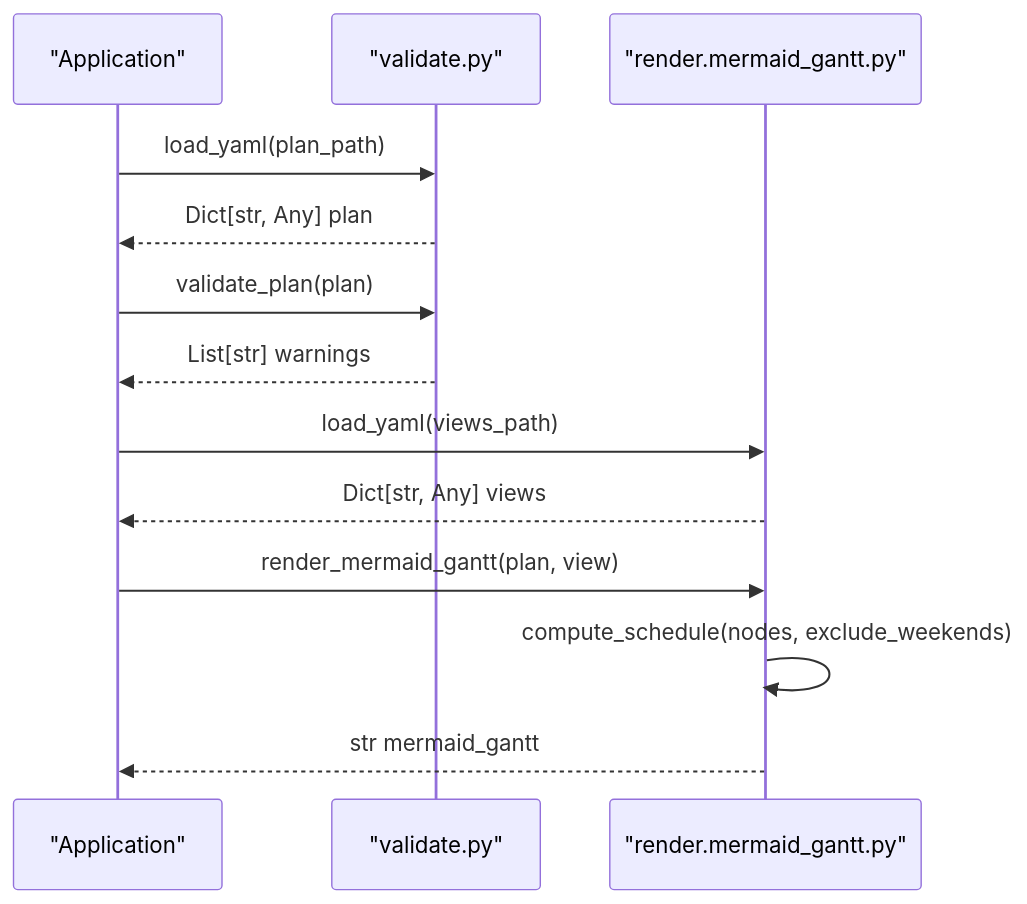
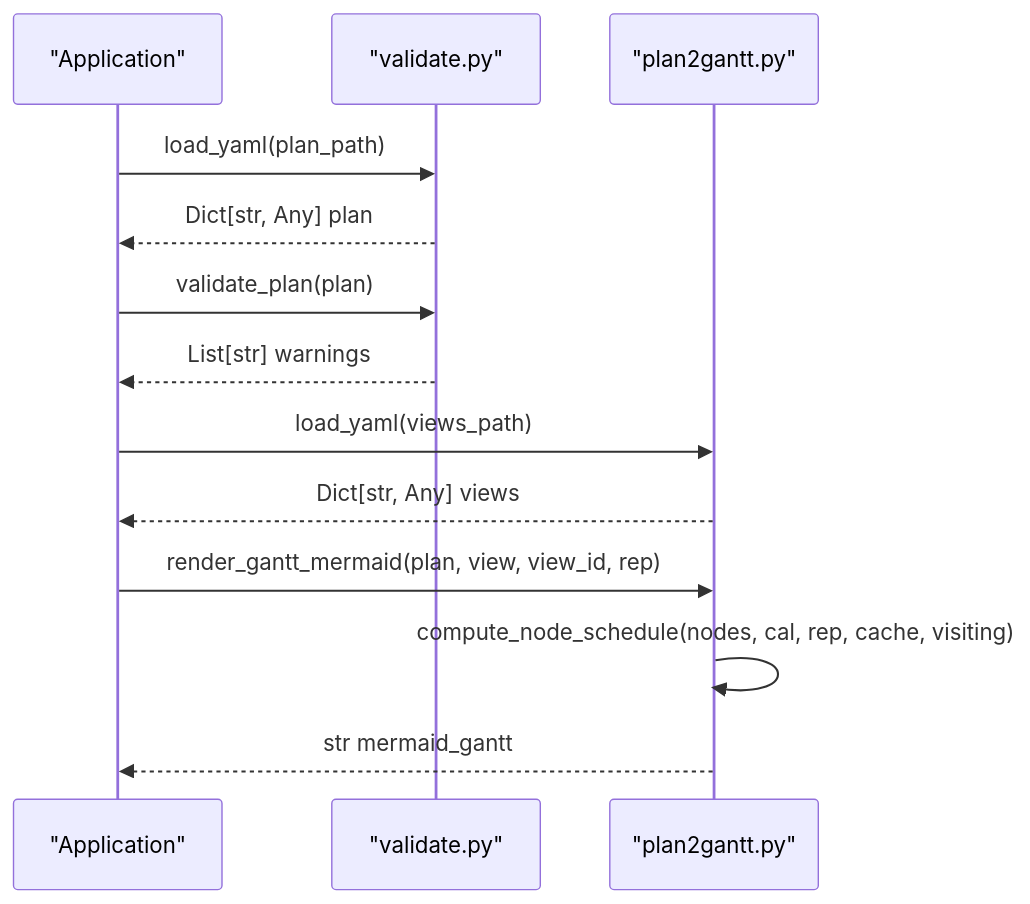
Before and after one commit to asukhodko/opskarta: the second of 6 diagrams in .qoder/repowiki/en/content/Tooling and Utilities/Python API Reference.md, drawn with Mermaid. The commit also changed other lines of this file and 6 other files, not shown here.

First line of the commit message:
feat(renderer): replace mermaid_gantt with plan2gantt and plan2dag modules

````diff
--- a/.qoder/repowiki/en/content/Tooling and Utilities/Python API Reference.md
+++ b/.qoder/repowiki/en/content/Tooling and Utilities/Python API Reference.md
@@ -102,15 +111,15 @@
 ```mermaid
 sequenceDiagram
 participant App as "Application"
 participant Val as "validate.py"
-participant Ren as "render.mermaid_gantt.py"
+participant Ren as "plan2gantt.py"
 App->>Val : load_yaml(plan_path)
 Val-->>App : Dict[str, Any] plan
 App->>Val : validate_plan(plan)
 Val-->>App : List[str] warnings
 App->>Ren : load_yaml(views_path)
 Ren-->>App : Dict[str, Any] views
-App->>Ren : render_mermaid_gantt(plan, view)
-Ren->>Ren : compute_schedule(nodes, exclude_weekends)
+App->>Ren : render_gantt_mermaid(plan, view, view_id, rep)
+Ren->>Ren : compute_node_schedule(nodes, cal, rep, cache, visiting)
 Ren-->>App : str mermaid_gantt
 ```
````
